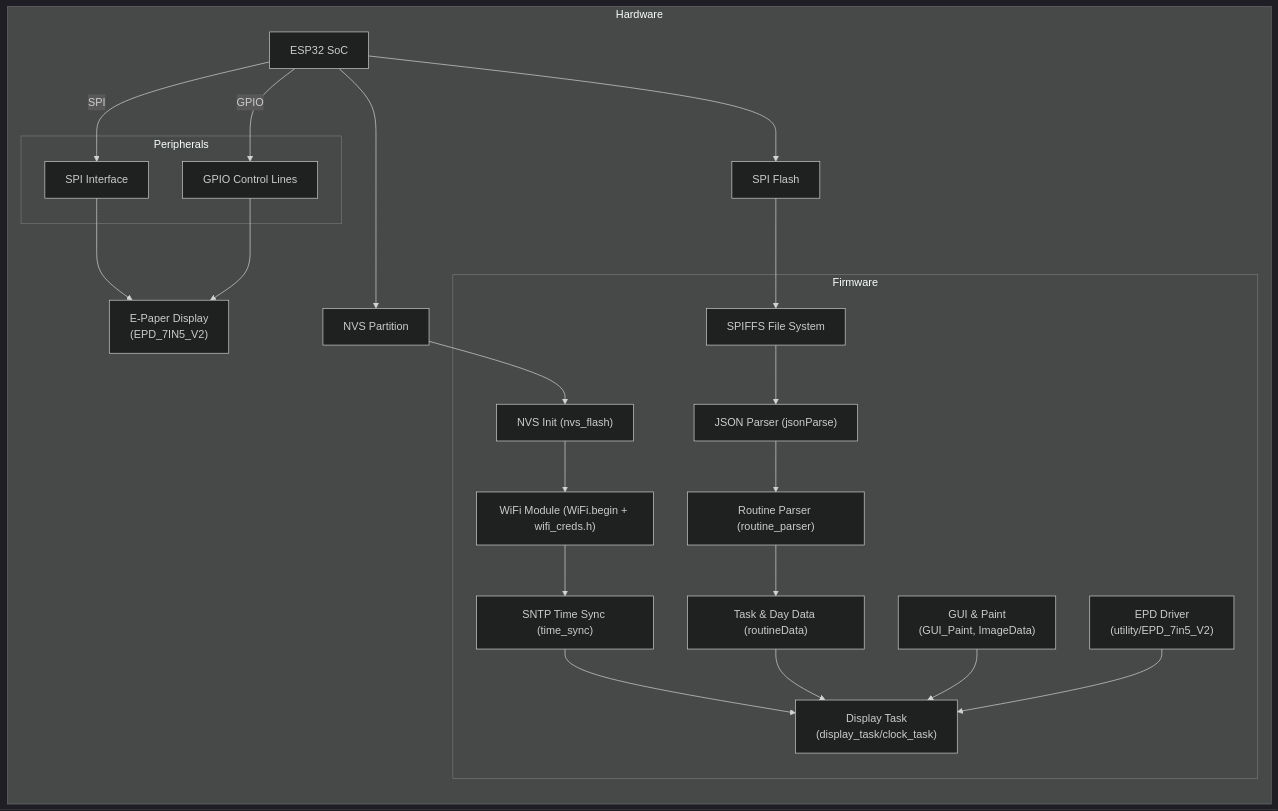
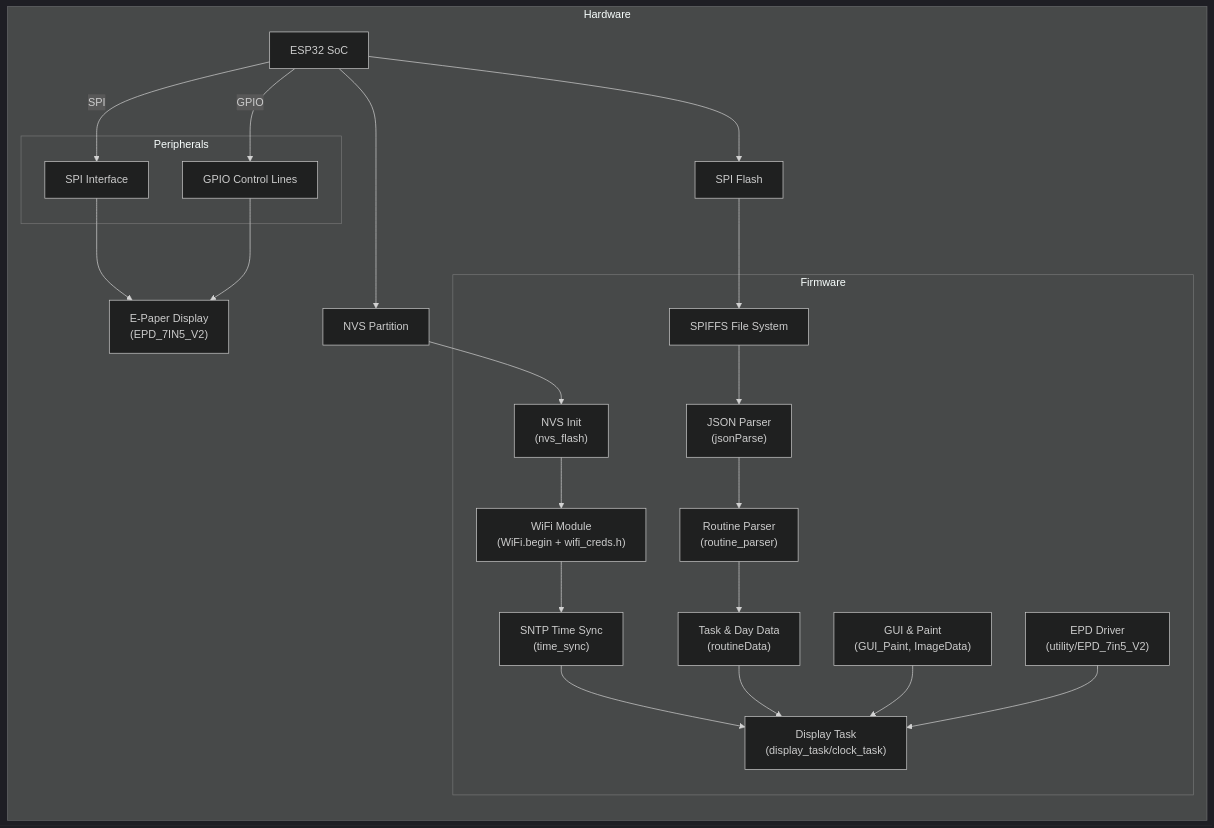
One commit to ackables/morning-person-esp32 changed the diagram in README.md. Above: the diagram before and after it, drawn with Mermaid (dark theme).

Commit message:
mermaid v4

````diff
--- a/README.md
+++ b/README.md
@@ -6,56 +6,66 @@
 ```mermaid
 flowchart LR
 
   %% Hardware subgraph
   subgraph Hardware
     ESP32["ESP32 SoC"]
     NVS["NVS Partition"]
-    EPD["E-Paper Display\n(EPD_7IN5_V2)"]
+    EPD["E-Paper Display
+    (EPD_7IN5_V2)"]
     FLASH["SPI Flash"]
 
     subgraph Firmware
-    NVS_INIT["NVS Init (nvs_flash)"]
+    NVS_INIT["NVS Init
+    (nvs_flash)"]
     FS["SPIFFS File System"]
-    JSON["JSON Parser (jsonParse)"]
-    ROUTINE["Routine Parser (routine_parser)"]
-    DATA["Task & Day Data (routineData)"]
-    WIFI["WiFi Module (WiFi.begin + wifi_creds.h)"]
-    SNTP["SNTP Time Sync (time_sync)"]
-    DISPLAY["Display Task\n(display_task/clock_task)"]
-    GUI["GUI & Paint\n(GUI_Paint, ImageData)"]
-    EPD_DRV["EPD Driver\n(utility/EPD_7in5_V2)"]
+    JSON["JSON Parser
+    (jsonParse)"]
+    ROUTINE["Routine Parser
+    (routine_parser)"]
+    DATA["Task & Day Data
+    (routineData)"]
+    WIFI["WiFi Module
+    (WiFi.begin + wifi_creds.h)"]
+    SNTP["SNTP Time Sync
+    (time_sync)"]
+    DISPLAY["Display Task
+    (display_task/clock_task)"]
+    GUI["GUI & Paint
+    (GUI_Paint, ImageData)"]
+    EPD_DRV["EPD Driver
+    (utility/EPD_7in5_V2)"]
   end
 
     subgraph Peripherals
       SPI_BUS["SPI Interface"]
       GPIO["GPIO Control Lines"]
     end
     
   end
 
   %% Draw your arrows
   ESP32 -->|SPI| SPI_BUS
   SPI_BUS --> EPD
   ESP32 --> FLASH
   FLASH --> FS
   ESP32 --> NVS
 
   %% NOW this arrow has a clear “line of sight” to NVS_INIT above it
   NVS --> NVS_INIT
 
   %% firmware flow
   NVS_INIT --> WIFI
   WIFI --> SNTP
   SNTP --> DISPLAY
 
   FS --> JSON
   JSON --> ROUTINE
   ROUTINE --> DATA
   DATA --> DISPLAY
 
   GUI --> DISPLAY
   EPD_DRV --> DISPLAY
 
   ESP32 -->|GPIO| GPIO
   GPIO --> EPD
 ```
````
